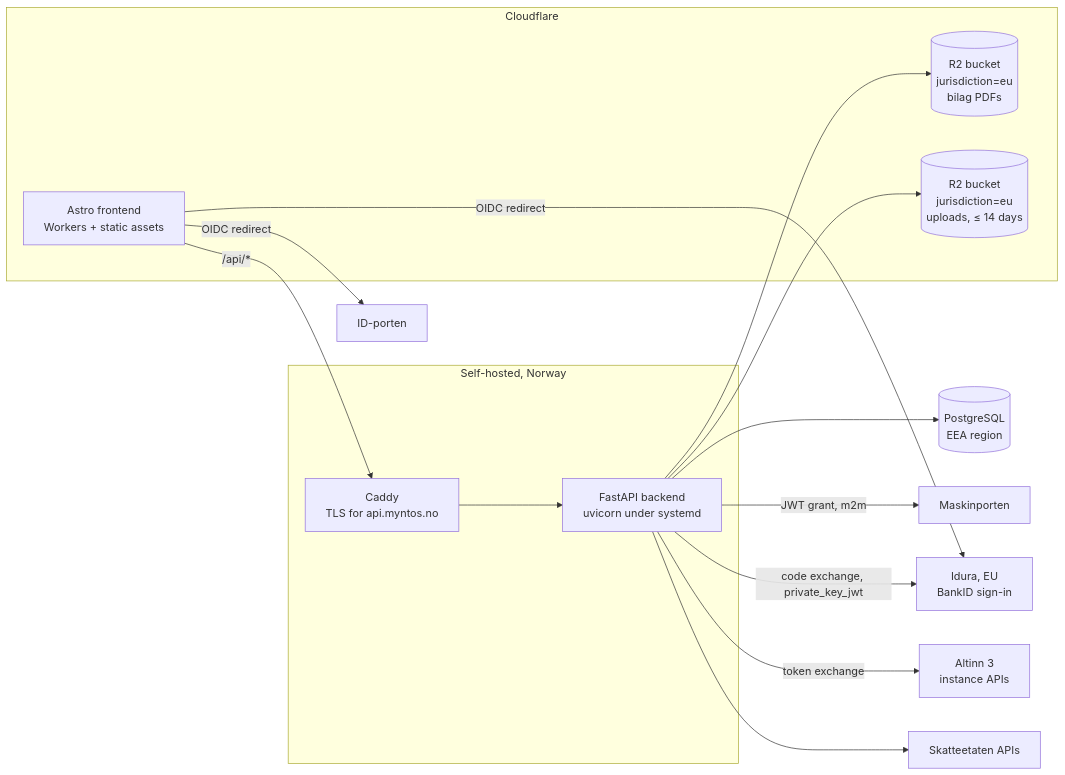
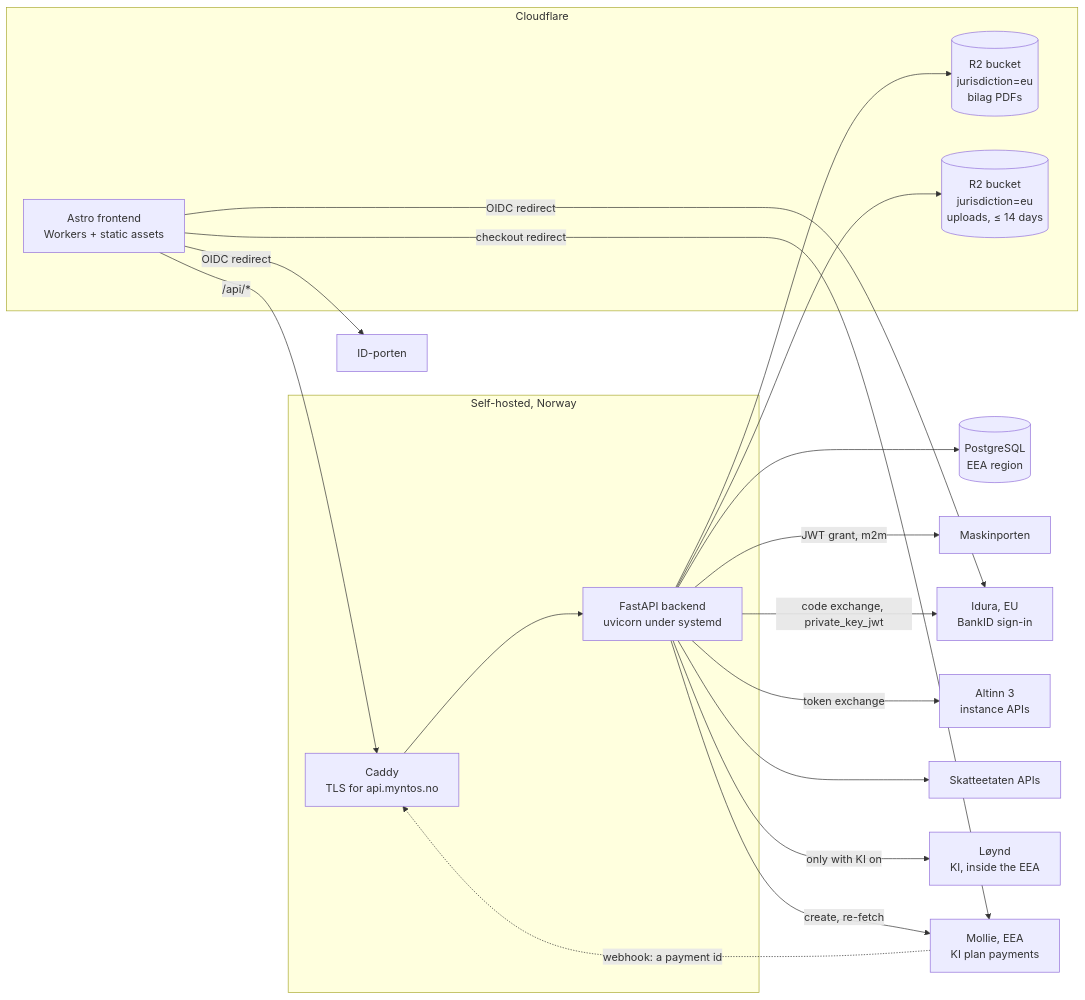
The diagram in docs/ARCHITECTURE.md (andreasviner/myntos), drawn with Mermaid before and after one commit. The commit also changed other lines of this file and 323 other files, not shown here.

````diff
--- a/docs/ARCHITECTURE.md
+++ b/docs/ARCHITECTURE.md
@@ -9,30 +9,36 @@
 ```mermaid
 flowchart LR
     subgraph Cloudflare
         FE[Astro frontend<br/>Workers + static assets]
         R2[(R2 bucket<br/>jurisdiction=eu<br/>bilag PDFs)]
         R2W[(R2 bucket<br/>jurisdiction=eu<br/>uploads, ≤ 14 days)]
     end
     subgraph "Self-hosted, Norway"
         CADDY[Caddy<br/>TLS for api.myntos.no]
         BE[FastAPI backend<br/>uvicorn under systemd]
     end
     PG[(PostgreSQL<br/>EEA region)]
     MP[Maskinporten]
     IDP[ID-porten]
     IDURA[Idura, EU<br/>BankID sign-in]
     ALT[Altinn 3<br/>instance APIs]
     SKE[Skatteetaten APIs]
+    LOYND[Løynd<br/>KI, inside the EEA]
+    MOLLIE[Mollie, EEA<br/>KI plan payments]
 
     FE -->|/api/*| CADDY
     CADDY --> BE
     BE --> PG
     BE --> R2
     BE --> R2W
     BE -->|JWT grant, m2m| MP
     FE -->|OIDC redirect| IDP
     FE -->|OIDC redirect| IDURA
     BE -->|code exchange, private_key_jwt| IDURA
     BE -->|token exchange| ALT
     BE --> SKE
+    BE -->|only with KI on| LOYND
+    BE -->|create, re-fetch| MOLLIE
+    MOLLIE -.->|webhook: a payment id| CADDY
+    FE -->|checkout redirect| MOLLIE
 ```
````
